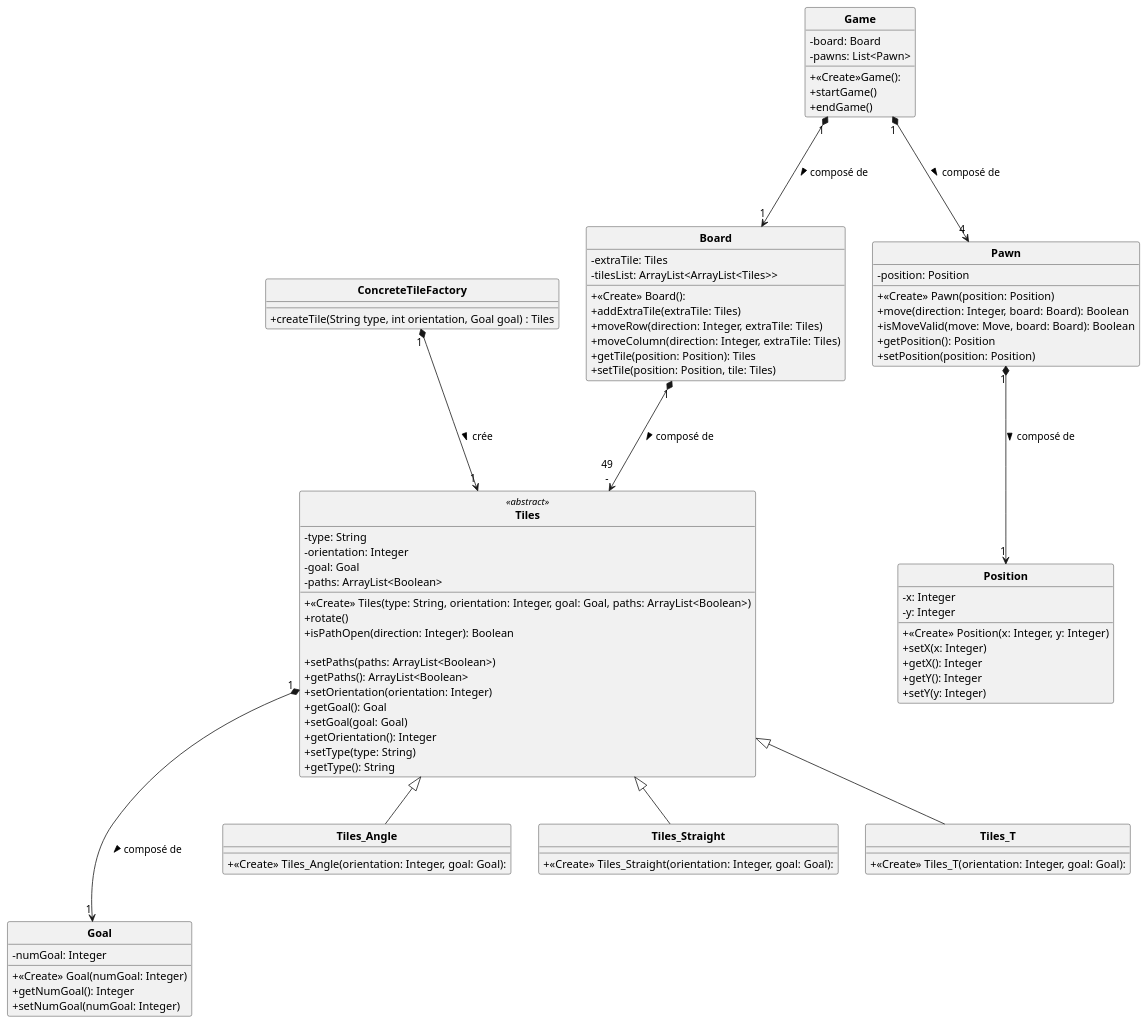
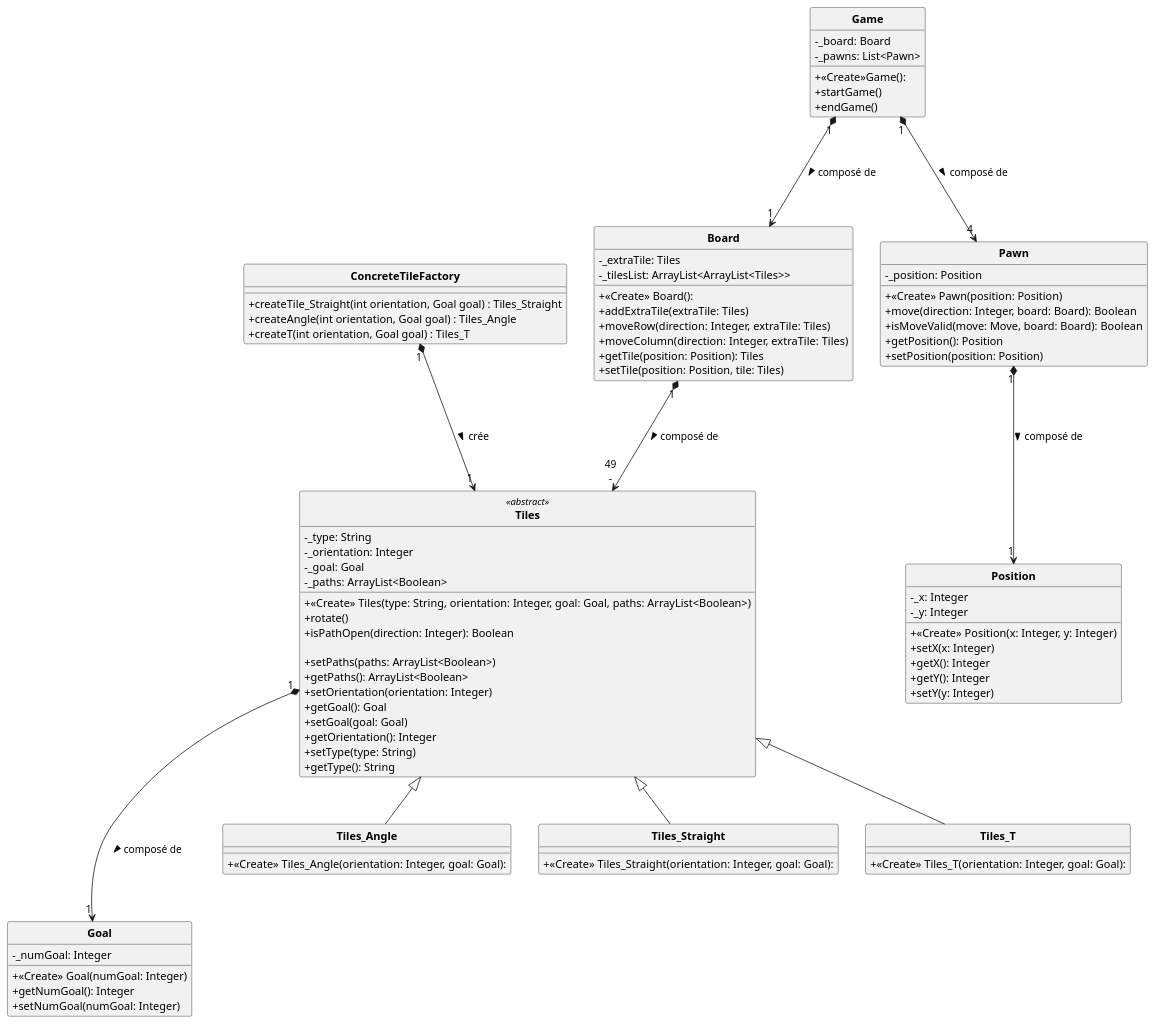
One commit to DLR-coding/Labyrinthe-Java changed the diagram in UML1.puml. Above: the diagram before and after it, drawn with PlantUML. The commit also changed 17 other files, not shown here.

```diff
--- a/UML1.puml
+++ b/UML1.puml
@@ -1,95 +1,97 @@
 @startuml
 
 'https://plantuml.com/class-diagram
 skinparam classAttributeIconSize 0
 skinparam classFontStyle Bold
 skinparam style strictuml
 
 class Board {
-  - extraTile: Tiles
-  - tilesList: ArrayList<ArrayList<Tiles>>
+  - _extraTile: Tiles
+  - _tilesList: ArrayList<ArrayList<Tiles>>
   + <<Create>> Board():
   + addExtraTile(extraTile: Tiles)
   + moveRow(direction: Integer, extraTile: Tiles)
   + moveColumn(direction: Integer, extraTile: Tiles)
   + getTile(position: Position): Tiles
   + setTile(position: Position, tile: Tiles)
 }
 
 class Game {
   + <<Create>>Game():
-  - board: Board
-  - pawns: List<Pawn>
+  - _board: Board
+  - _pawns: List<Pawn>
   + startGame()
   + endGame()
 }
 
 class Goal {
-  - numGoal: Integer
+  - _numGoal: Integer
   + <<Create>> Goal(numGoal: Integer)
   + getNumGoal(): Integer
   + setNumGoal(numGoal: Integer)
 }
 
 class Pawn {
-  - position: Position
+  - _position: Position
   + <<Create>> Pawn(position: Position)
   + move(direction: Integer, board: Board): Boolean
   + isMoveValid(move: Move, board: Board): Boolean
   + getPosition(): Position
   + setPosition(position: Position)
 }
 
 class Position {
-  - x: Integer
-  - y: Integer
+  - _x: Integer
+  - _y: Integer
   + <<Create>> Position(x: Integer, y: Integer)
   + setX(x: Integer)
   + getX(): Integer
   + getY(): Integer
   + setY(y: Integer)
 }
 
 class Tiles <<abstract>> {
-  - type: String
-  - orientation: Integer
-  - goal: Goal
-  - paths: ArrayList<Boolean>
+  - _type: String
+  - _orientation: Integer
+  - _goal: Goal
+  - _paths: ArrayList<Boolean>
   + <<Create>> Tiles(type: String, orientation: Integer, goal: Goal, paths: ArrayList<Boolean>)
   + rotate()
   + isPathOpen(direction: Integer): Boolean
 
   + setPaths(paths: ArrayList<Boolean>)
   + getPaths(): ArrayList<Boolean>
   + setOrientation(orientation: Integer)
   + getGoal(): Goal
   + setGoal(goal: Goal)
   + getOrientation(): Integer
   + setType(type: String)
   + getType(): String
 }
 
 class Tiles_Angle extends Tiles {
   + <<Create>> Tiles_Angle(orientation: Integer, goal: Goal):
 }
 
 class Tiles_Straight extends Tiles {
   + <<Create>> Tiles_Straight(orientation: Integer, goal: Goal):
 }
 
 class Tiles_T extends Tiles {
   + <<Create>> Tiles_T(orientation: Integer, goal: Goal):
 }
 
 class ConcreteTileFactory {
-    + createTile(String type, int orientation, Goal goal) : Tiles
+    + createTile_Straight(int orientation, Goal goal) : Tiles_Straight
+    + createAngle(int orientation, Goal goal) : Tiles_Angle
+    + createT(int orientation, Goal goal) : Tiles_T
 }
 
 
 Board "1" *---> "49\n-" Tiles : composé de \t\t >
 Game "1" *---> "1" Board : composé de \t\t >
 Game "1" *---> "4" Pawn : composé de \t\t >
 Pawn "1" *---> "1" Position : composé de \t\t >
 Tiles "1" *---> "1" Goal : composé de \t\t >
 ConcreteTileFactory "1" *---> "1" Tiles : crée \t\t >
 @enduml
```
